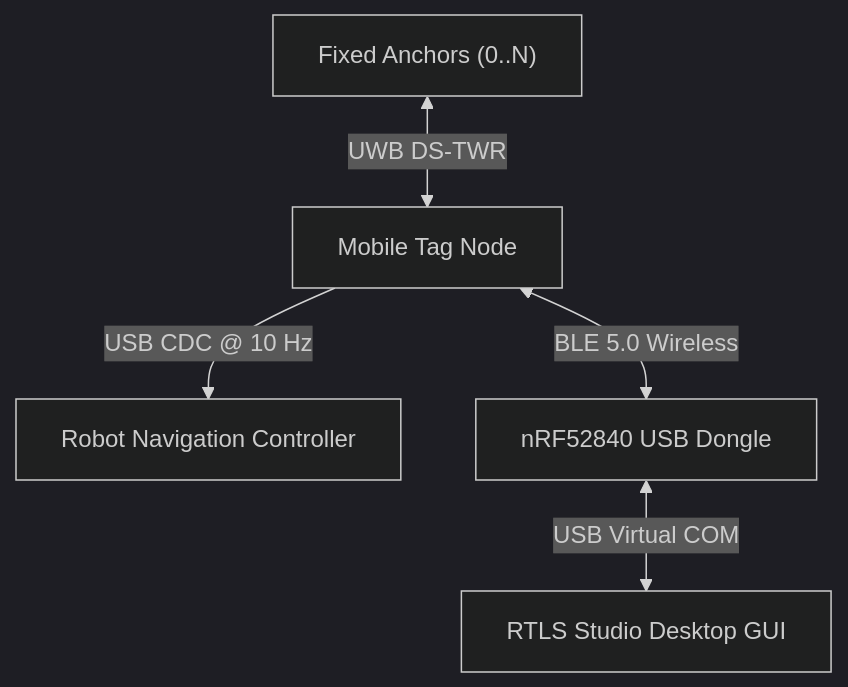
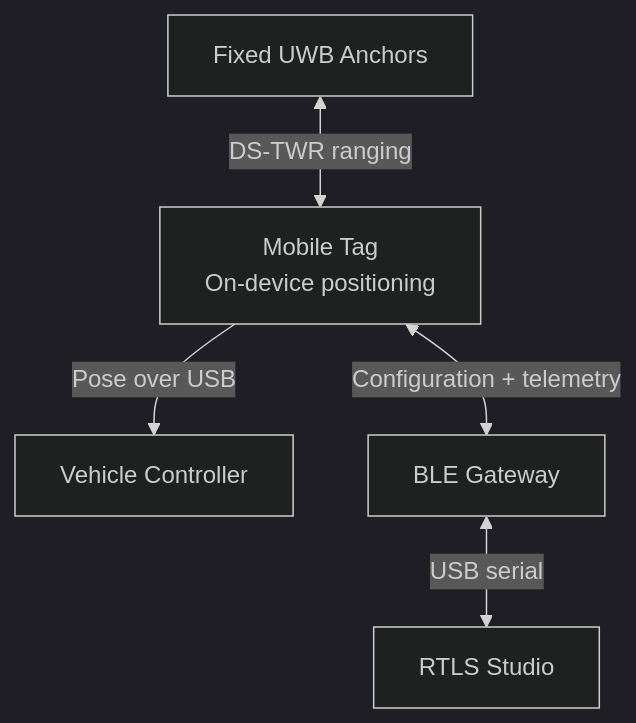
The diagram in README.md (phuongmt08/uwb-rtls), drawn with Mermaid (dark theme) before and after one commit. The commit also changed other lines of this file and 17 other files, not shown here.

````diff
--- a/README.md
+++ b/README.md
@@ -43,7 +38,7 @@
 ```mermaid
 flowchart TD
-    Anchors["Fixed Anchors (0..N)"] <-->|UWB DS-TWR| Tag["Mobile Tag Node"]
-    Tag -->|USB CDC @ 10 Hz| Robot["Robot Navigation Controller"]
-    Tag <-->|BLE 5.0 Wireless| Gateway["nRF52840 USB Dongle"]
-    Gateway <-->|USB Virtual COM| Studio["RTLS Studio Desktop GUI"]
+    Anchors["Fixed UWB Anchors"] <-->|"DS-TWR ranging"| Tag["Mobile Tag<br/>On-device positioning"]
+    Tag -->|"Pose over USB"| Robot["Vehicle Controller"]
+    Tag <-->|"Configuration + telemetry"| Gateway["BLE Gateway"]
+    Gateway <-->|"USB serial"| Studio["RTLS Studio"]
 ```
````
